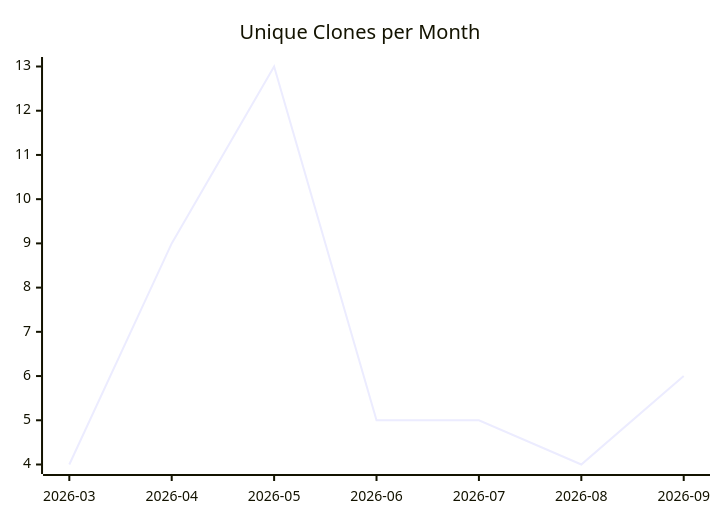
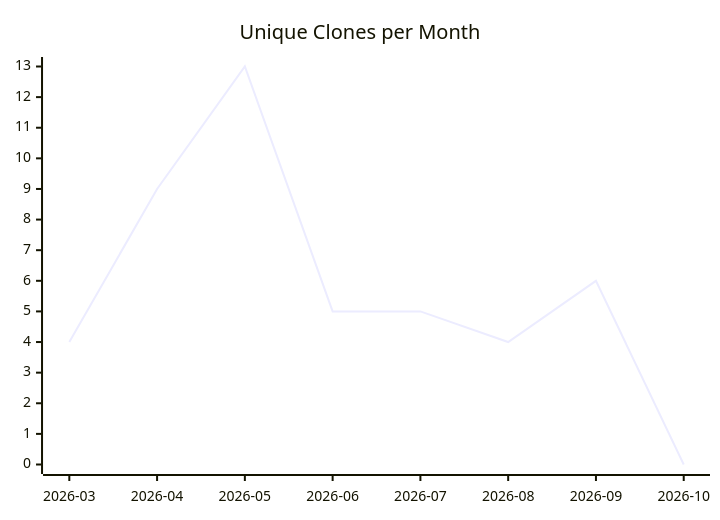
Before and after one commit to justdavis-family/github-analytics-data: the third of 3 diagrams in karlmdavis/justdavis-puppet/README.md, drawn with Mermaid. The commit also changed other lines of this file and 202 other files, not shown here.

````diff
--- a/karlmdavis/justdavis-puppet/README.md
+++ b/karlmdavis/justdavis-puppet/README.md
@@ -19,6 +19,6 @@
 ```mermaid
 xychart-beta
   title "Unique Clones per Month"
-  x-axis ["2026-03", "2026-04", "2026-05", "2026-06", "2026-07", "2026-08", "2026-09"]
-  line [4, 9, 13, 5, 5, 4, 6]
+  x-axis ["2026-03", "2026-04", "2026-05", "2026-06", "2026-07", "2026-08", "2026-09", "2026-10"]
+  line [4, 9, 13, 5, 5, 4, 6, 0]
 ```
````
